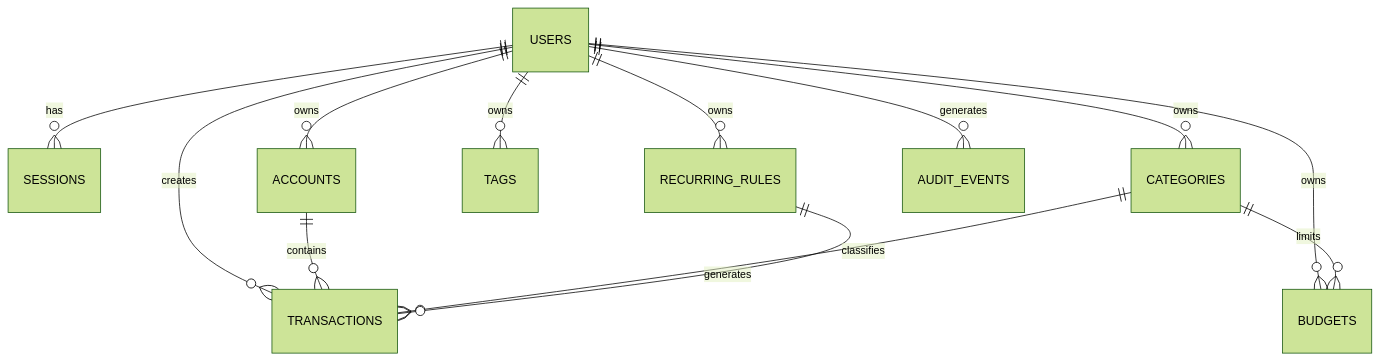
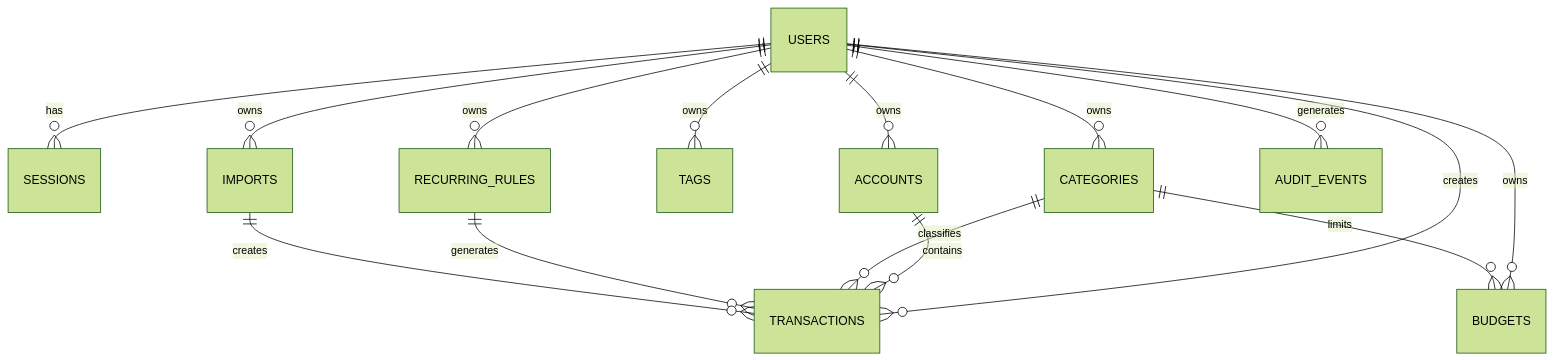
Before and after one commit to NoriEtoiles/money-tracker: the diagram in docs/03_DATABASE_SCHEMA.md, drawn with Mermaid (forest theme). The commit also changed other lines of this file and 23 other files, not shown here.

````diff
--- a/docs/03_DATABASE_SCHEMA.md
+++ b/docs/03_DATABASE_SCHEMA.md
@@ -419,16 +461,18 @@
 ```mermaid
 erDiagram
   USERS ||--o{ SESSIONS : has
   USERS ||--o{ ACCOUNTS : owns
   USERS ||--o{ CATEGORIES : owns
   USERS ||--o{ TAGS : owns
   USERS ||--o{ TRANSACTIONS : creates
   USERS ||--o{ BUDGETS : owns
   USERS ||--o{ RECURRING_RULES : owns
+  USERS ||--o{ IMPORTS : owns
   USERS ||--o{ AUDIT_EVENTS : generates
 
   ACCOUNTS ||--o{ TRANSACTIONS : contains
   CATEGORIES ||--o{ TRANSACTIONS : classifies
   CATEGORIES ||--o{ BUDGETS : limits
   RECURRING_RULES ||--o{ TRANSACTIONS : generates
+  IMPORTS ||--o{ TRANSACTIONS : creates
 ```
````
